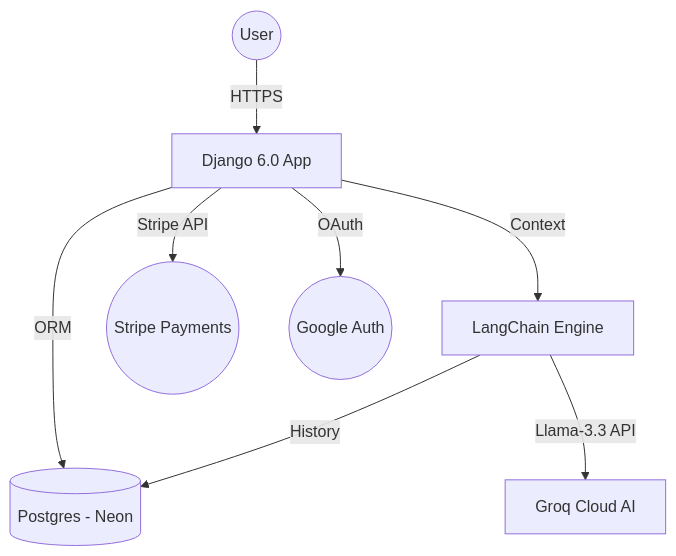
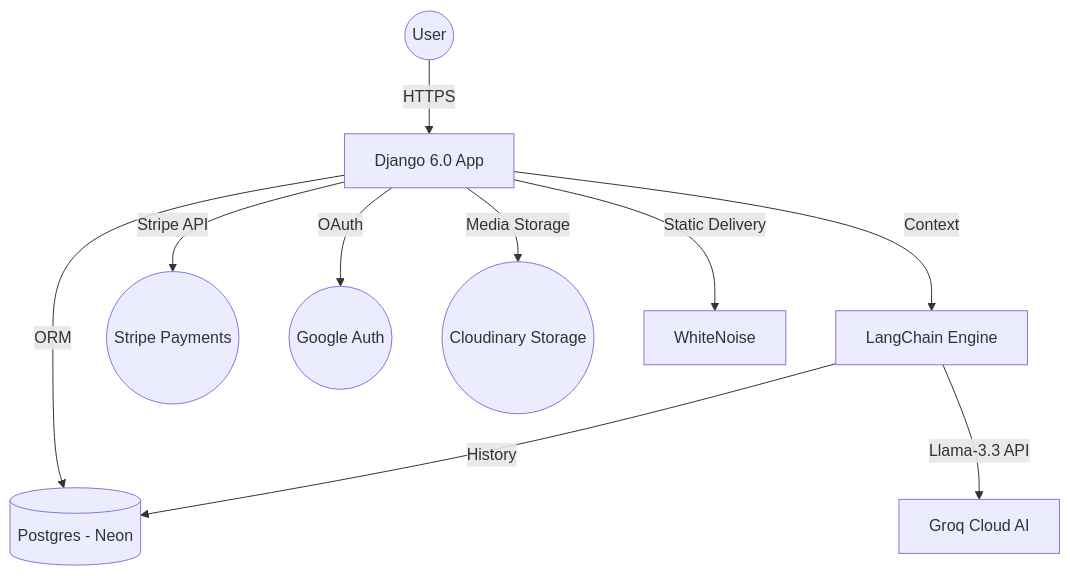
Before and after one commit to aelaf-git/Online_Market_Place_using_Django: the diagram in README.md, drawn with Mermaid. The commit also changed other lines of this file and 3 other files, not shown here.

````diff
--- a/README.md
+++ b/README.md
@@ -42,10 +44,12 @@
 ```mermaid
 graph TD
     User((User)) -->|HTTPS| Django[Django 6.0 App]
     Django -->|ORM| Postgres[(Postgres - Neon)]
     Django -->|Context| LangChain[LangChain Engine]
     LangChain -->|Llama-3.3 API| Groq[Groq Cloud AI]
     LangChain -->|History| Postgres
     Django -->|Stripe API| Stripe((Stripe Payments))
     Django -->|OAuth| Google((Google Auth))
+    Django -->|Media Storage| Cloudinary((Cloudinary Storage))
+    Django -->|Static Delivery| WhiteNoise[WhiteNoise]
 ```
````
